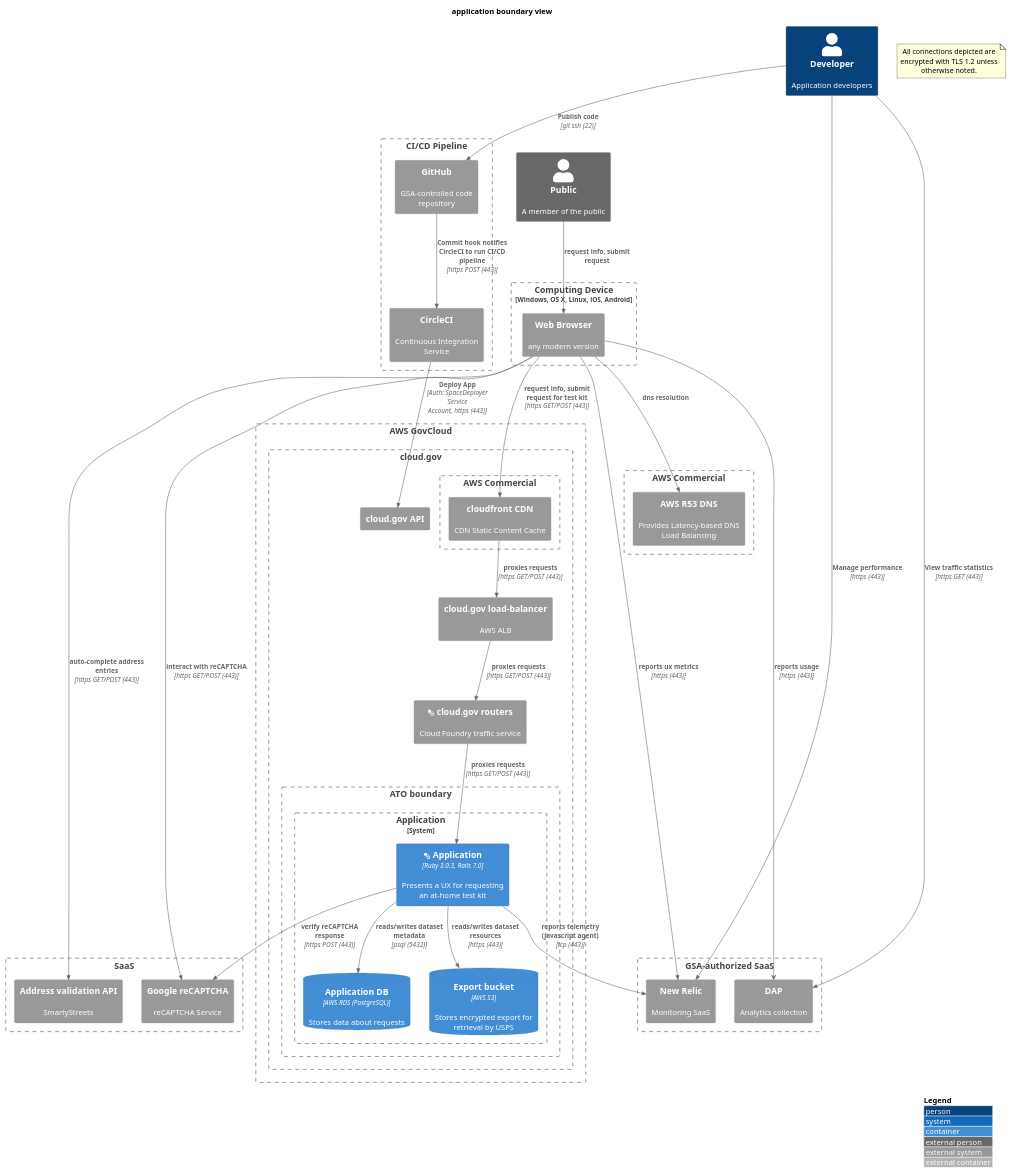
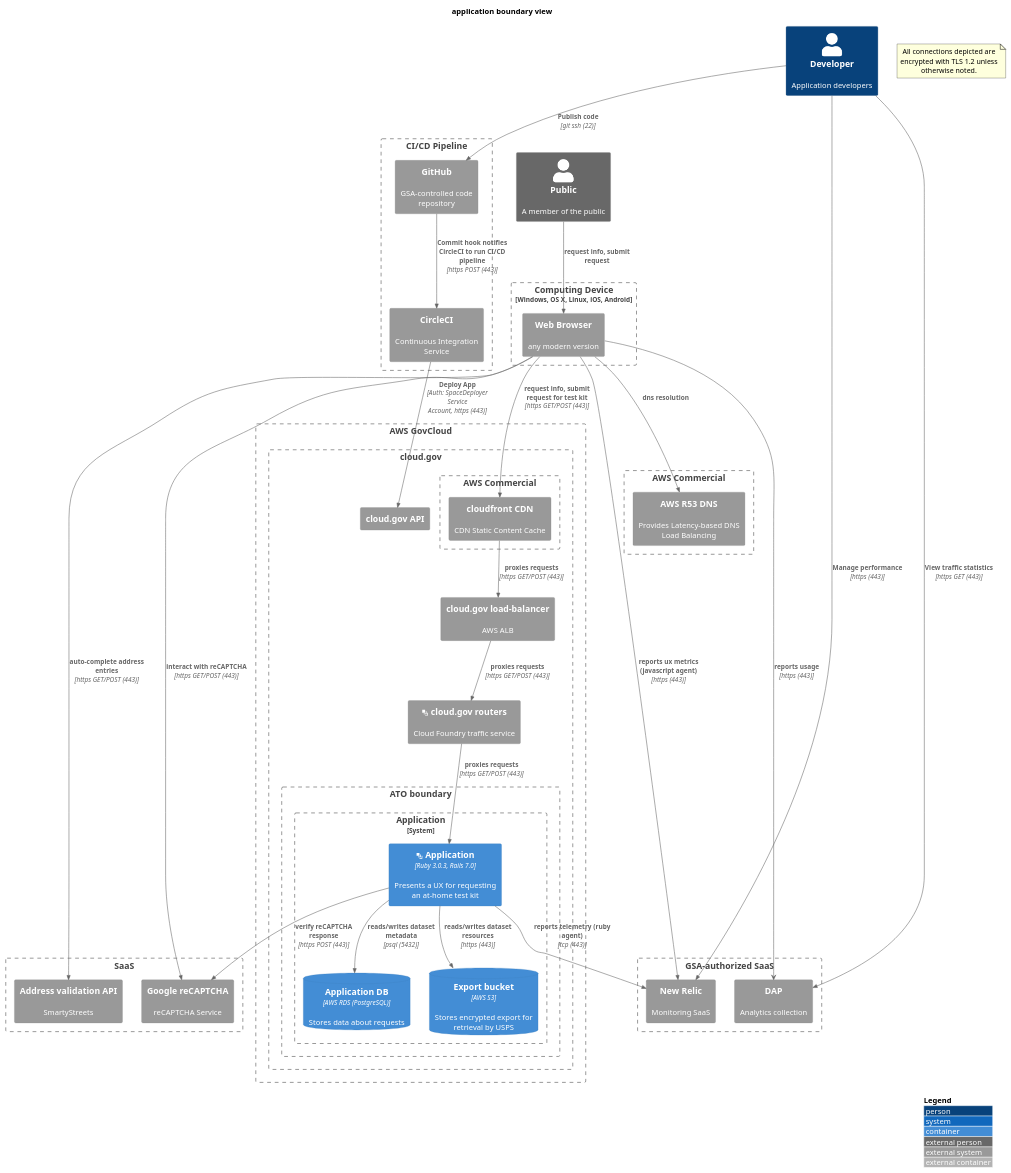
The diagram in doc/compliance/apps/application.boundary.md (usagov/test-at-home), drawn with PlantUML before and after one commit.

Commit message:
Apply suggestions from code review

````diff
--- a/doc/compliance/apps/application.boundary.md
+++ b/doc/compliance/apps/application.boundary.md
@@ -5,77 +5,77 @@
 ```plantuml
 @startuml
 !include https://raw.githubusercontent.com/plantuml-stdlib/C4-PlantUML/master/C4_Container.puml
 ' uncomment the following line and comment the first to use locally
 ' !include C4_Container.puml
 LAYOUT_WITH_LEGEND()
 title application boundary view
 
 Person_Ext(public, "Public", "A member of the public")
 
 Boundary(device, "Computing Device", "Windows, OS X, Linux, iOS, Android"){
     System_Ext(browser, "Web Browser", "any modern version")
 }
 Rel(public, browser, "request info, submit request", "")
 Boundary(aws_com, "AWS Commercial") {
     System_Ext(r53, "AWS R53 DNS", "Provides Latency-based DNS Load Balancing")
 }
 Rel(browser, r53, "dns resolution")
 
 note as EncryptionNote
 All connections depicted are encrypted with TLS 1.2 unless otherwise noted.
 end note
 Boundary(aws, "AWS GovCloud") {
     Boundary(cloudgov, "cloud.gov") {
         System_Ext(cg_api, "cloud.gov API")
         Boundary(cg_aws_com, "AWS Commercial") {
             System_Ext(aws_cf, "cloudfront CDN", "CDN Static Content Cache")
         }
         System_Ext(aws_alb, "cloud.gov load-balancer", "AWS ALB")
         System_Ext(cloudgov_router, "<&layers> cloud.gov routers", "Cloud Foundry traffic service")
         Boundary(atob, "ATO boundary") {
             System_Boundary(inventory, "Application") {
                 Container(app, "<&layers> Application", "Ruby 3.0.3, Rails 7.0", "Presents a UX for requesting an at-home test kit")
                 ContainerDb(app_db, "Application DB", "AWS RDS (PostgreSQL)", "Stores data about requests")
                 ContainerDb(app_s3, "Export bucket", "AWS S3", "Stores encrypted export for retrieval by USPS")
             }
         }
     }
 }
 
 
 Boundary(gsa_saas, "GSA-authorized SaaS") {
     System_Ext(dap, "DAP", "Analytics collection")
     System_Ext(newrelic, "New Relic", "Monitoring SaaS")
 }
 browser -> dap : **reports usage** \n//[https (443)]//
-Rel(app, newrelic, "reports telemetry (javascript agent)", "tcp (443)")
-Rel(browser, newrelic, "reports ux metrics", "https (443)")
+Rel(app, newrelic, "reports telemetry (ruby agent)", "tcp (443)")
+Rel(browser, newrelic, "reports ux metrics (javascript agent)", "https (443)")
 Rel(browser, aws_cf, "request info, submit request for test kit", "https GET/POST (443)")
 Rel(aws_cf, aws_alb, "proxies requests", "https GET/POST (443)")
 Rel(aws_alb, cloudgov_router, "proxies requests", "https GET/POST (443)")
 Rel(cloudgov_router, app, "proxies requests", "https GET/POST (443)")
 Rel(app, app_db, "reads/writes dataset metadata", "psql (5432)")
 Rel(app, app_s3, "reads/writes dataset resources", "https (443)")
 
 Boundary(other_saas, "SaaS") {
     System_Ext(recaptcha, "Google reCAPTCHA", "reCAPTCHA Service")
     System_Ext(address_api, "Address validation API", "SmartyStreets")
 }
 Rel(browser, address_api, "auto-complete address entries", "https GET/POST (443)")
 Rel(browser, recaptcha, "interact with reCAPTCHA", "https GET/POST (443)")
 Rel(app, recaptcha, "verify reCAPTCHA response", "https POST (443)")
 
 Person(developer, "Developer", "Application developers")
 Boundary(cicd, "CI/CD Pipeline") {
     System_Ext(github, "GitHub", "GSA-controlled code repository")
     System_Ext(circleci, "CircleCI", "Continuous Integration Service")
 }
 Rel(developer, github, "Publish code", "git ssh (22)")
 Rel(github, circleci, "Commit hook notifies CircleCI to run CI/CD pipeline", "https POST (443)")
 Rel(circleci, cg_api, "Deploy App", "Auth: SpaceDeployer Service Account, https (443)")
 Rel(developer, dap, "View traffic statistics", "https GET (443)")
 Rel(developer, newrelic, "Manage performance", "https (443)")
 
 
 @enduml
 ```
````
